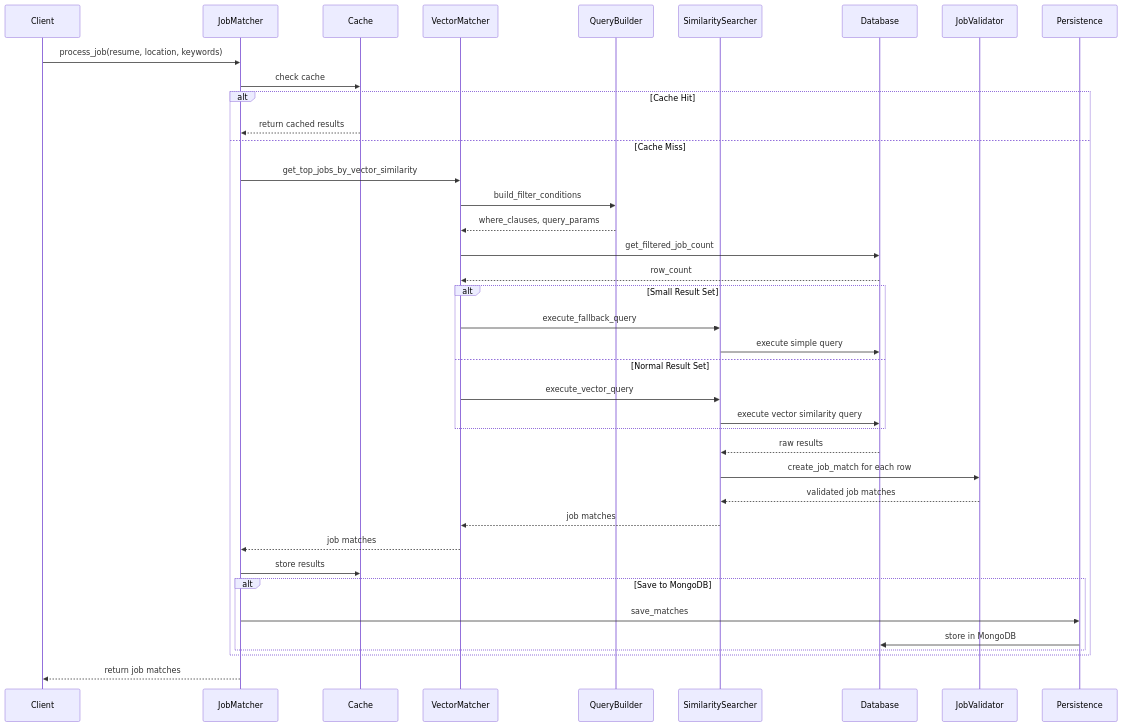
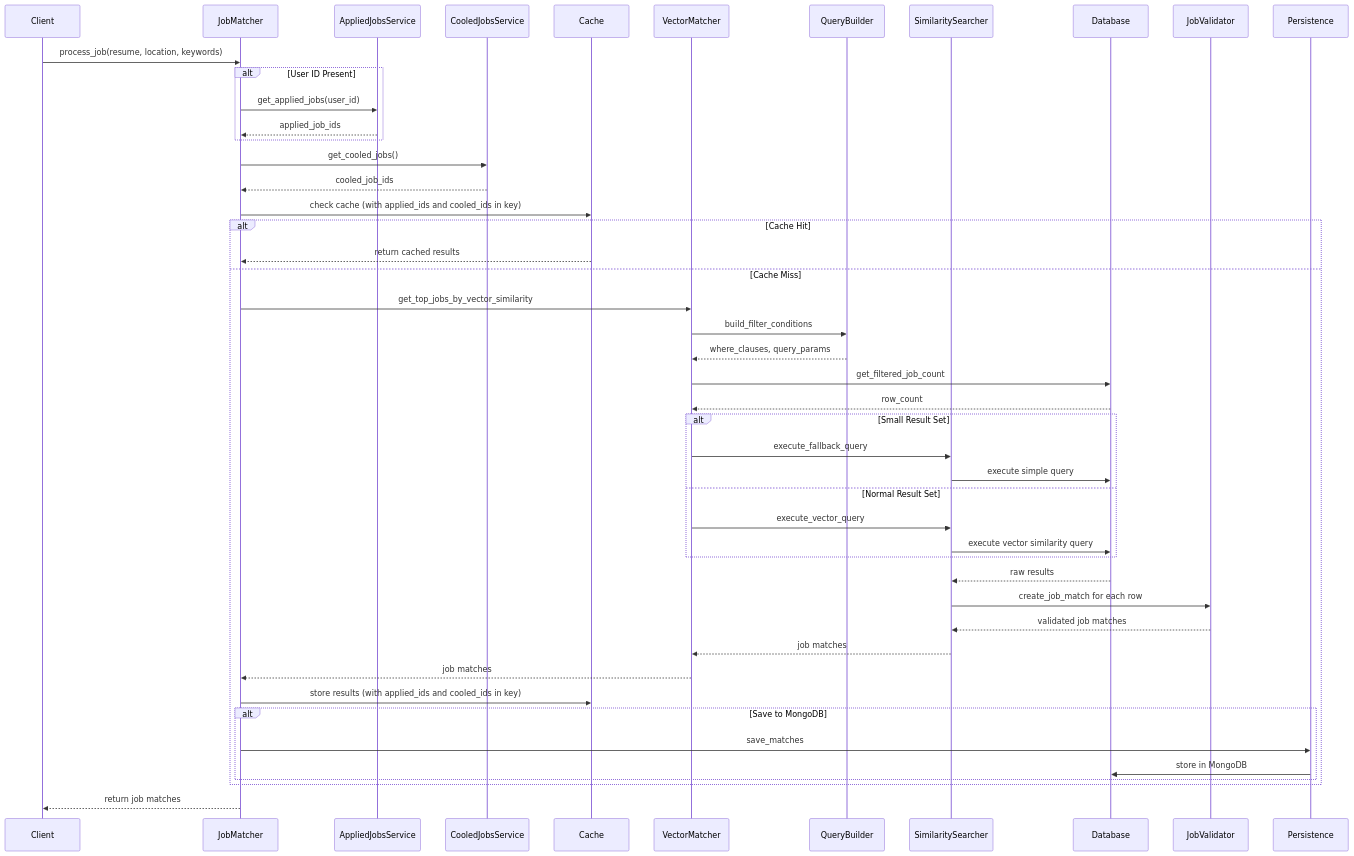
Before and after one commit to AIgen-Solutions-s-r-l/resonance: the third of 3 diagrams in docs/job_matcher/technical_documentation.md, drawn with Mermaid. The commit also changed other lines of this file and 5 other files, not shown here.

Commit message:
📝 docs: update documentation for applied jobs filtering and introduce cooled jobs filtering feature

````diff
--- a/docs/job_matcher/technical_documentation.md
+++ b/docs/job_matcher/technical_documentation.md
@@ -177,49 +192,60 @@
 ```mermaid
 sequenceDiagram
     participant Client
     participant JobMatcher
+    participant AppliedJobsService
+    participant CooledJobsService
     participant Cache
     participant VectorMatcher
     participant QueryBuilder
     participant SimilaritySearcher
     participant Database
     participant JobValidator
     participant Persistence
     
     Client->>JobMatcher: process_job(resume, location, keywords)
-    JobMatcher->>Cache: check cache
+    
+    alt User ID Present
+        JobMatcher->>AppliedJobsService: get_applied_jobs(user_id)
+        AppliedJobsService-->>JobMatcher: applied_job_ids
+    end
+    
+    JobMatcher->>CooledJobsService: get_cooled_jobs()
+    CooledJobsService-->>JobMatcher: cooled_job_ids
+    
+    JobMatcher->>Cache: check cache (with applied_ids and cooled_ids in key)
     
     alt Cache Hit
         Cache-->>JobMatcher: return cached results
     else Cache Miss
         JobMatcher->>VectorMatcher: get_top_jobs_by_vector_similarity
         VectorMatcher->>QueryBuilder: build_filter_conditions
         QueryBuilder-->>VectorMatcher: where_clauses, query_params
         
         VectorMatcher->>Database: get_filtered_job_count
         Database-->>VectorMatcher: row_count
         
         alt Small Result Set
             VectorMatcher->>SimilaritySearcher: execute_fallback_query
             SimilaritySearcher->>Database: execute simple query
         else Normal Result Set
             VectorMatcher->>SimilaritySearcher: execute_vector_query
             SimilaritySearcher->>Database: execute vector similarity query
         end
         
         Database-->>SimilaritySearcher: raw results
         SimilaritySearcher->>JobValidator: create_job_match for each row
         JobValidator-->>SimilaritySearcher: validated job matches
         SimilaritySearcher-->>VectorMatcher: job matches
         VectorMatcher-->>JobMatcher: job matches
         
-        JobMatcher->>Cache: store results
+        JobMatcher->>Cache: store results (with applied_ids and cooled_ids in key)
         
         alt Save to MongoDB
             JobMatcher->>Persistence: save_matches
             Persistence->>Database: store in MongoDB
         end
     end
     
     JobMatcher-->>Client: return job matches
 ```
````
